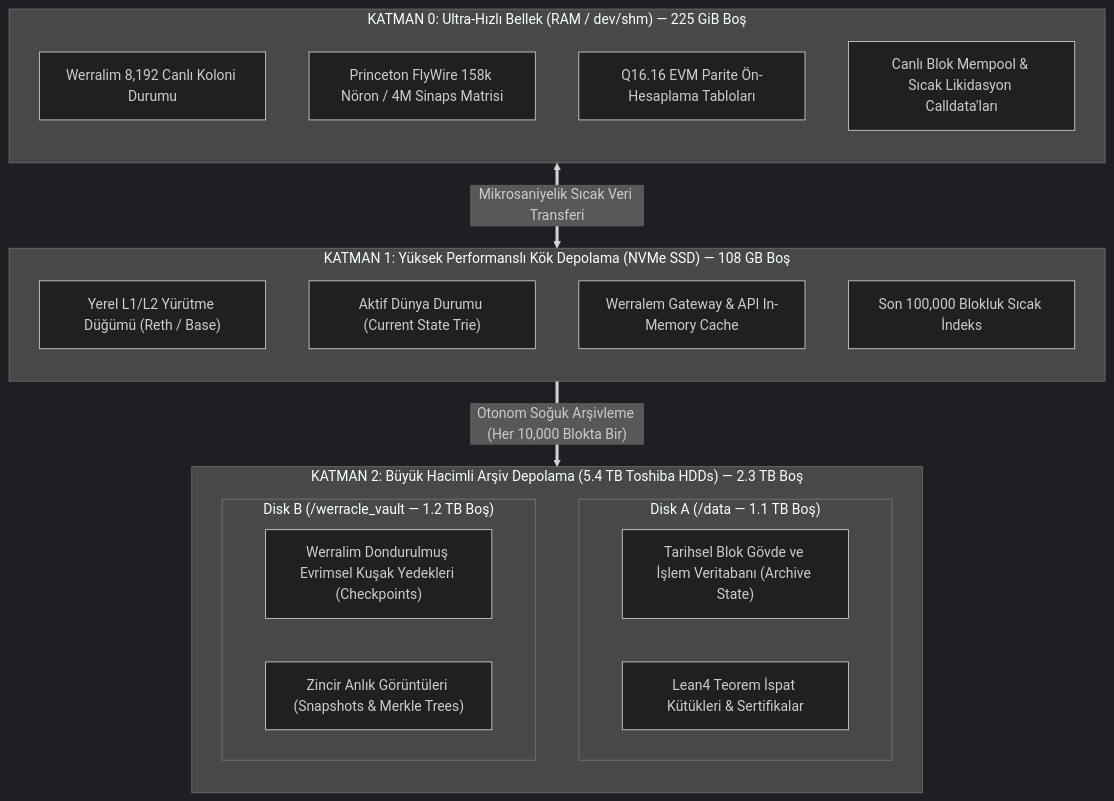
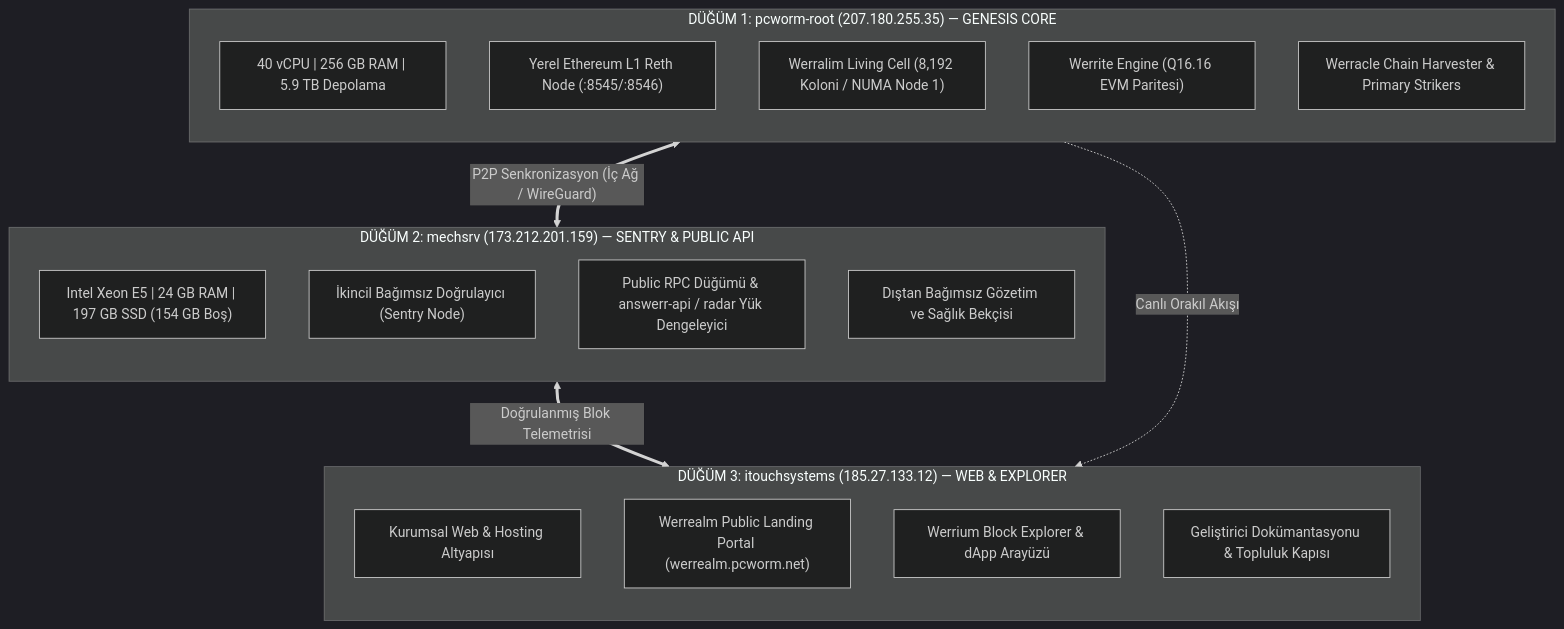
One commit to pCwOrM/werrealm changed the diagram in docs/HARDWARE_STORAGE_ARCHITECTURE.md. Above: the diagram before and after it, drawn with Mermaid (dark theme). The commit also changed other lines of this file and 1 other file, not shown here.

Commit message:
feat(portal): add high-impact landing page in docs/index.html and update 3-server infrastructure topology

````diff
--- a/docs/HARDWARE_STORAGE_ARCHITECTURE.md
+++ b/docs/HARDWARE_STORAGE_ARCHITECTURE.md
@@ -33,33 +15,31 @@
 ```mermaid
 flowchart TD
-    subgraph TIER0["KATMAN 0: Ultra-Hızlı Bellek (RAM / dev/shm) — 225 GiB Boş"]
+    subgraph S1["DÜĞÜM 1: pcworm-root (207.180.255.35) — GENESIS CORE"]
         direction TB
-        RAM_CELL["Werralim 8,192 Canlı Koloni Durumu"]
-        RAM_CONN["Princeton FlyWire 158k Nöron / 4M Sinaps Matrisi"]
-        RAM_Q16["Q16.16 EVM Parite Ön-Hesaplama Tabloları"]
-        RAM_MEMPOOL["Canlı Blok Mempool & Sıcak Likidasyon Calldata'ları"]
+        C1["40 vCPU | 256 GB RAM | 5.9 TB Depolama"]
+        L1["Yerel Ethereum L1 Reth Node (:8545/:8546)"]
+        CELL["Werralim Living Cell (8,192 Koloni / NUMA Node 1)"]
+        WERRITE["Werrite Engine (Q16.16 EVM Paritesi)"]
+        HARVEST["Werracle Chain Harvester & Primary Strikers"]
     end
 
-    subgraph TIER1["KATMAN 1: Yüksek Performanslı Kök Depolama (NVMe SSD) — 108 GB Boş"]
+    subgraph S2["DÜĞÜM 2: mechsrv (173.212.201.159) — SENTRY & PUBLIC API"]
         direction TB
-        NVME_EXEC["Yerel L1/L2 Yürütme Düğümü (Reth / Base)"]
-        NVME_STATE["Aktif Dünya Durumu (Current State Trie)"]
-        NVME_API["Werralem Gateway & API In-Memory Cache"]
-        NVME_INDEX["Son 100,000 Blokluk Sıcak İndeks"]
+        C2["Intel Xeon E5 | 24 GB RAM | 197 GB SSD (154 GB Boş)"]
+        VALIDATOR2["İkincil Bağımsız Doğrulayıcı (Sentry Node)"]
+        API_REP["Public RPC Düğümü & answerr-api / radar Yük Dengeleyici"]
+        HEALTH["Dıştan Bağımsız Gözetim ve Sağlık Bekçisi"]
     end
 
-    subgraph TIER2["KATMAN 2: Büyük Hacimli Arşiv Depolama (5.4 TB Toshiba HDDs) — 2.3 TB Boş"]
+    subgraph S3["DÜĞÜM 3: itouchsystems (185.27.133.12) — WEB & EXPLORER"]
         direction TB
-        subgraph SDA["Disk A (/data — 1.1 TB Boş)"]
-            HIST_BLOCKS["Tarihsel Blok Gövde ve İşlem Veritabanı (Archive State)"]
-            ZK_PROOFS["Lean4 Teorem İspat Kütükleri & Sertifikalar"]
-        end
-        subgraph SDB["Disk B (/werracle_vault — 1.2 TB Boş)"]
-            COLD_CELL["Werralim Dondurulmuş Evrimsel Kuşak Yedekleri (Checkpoints)"]
-            SNAP_VAULT["Zincir Anlık Görüntüleri (Snapshots & Merkle Trees)"]
-        end
+        C3["Kurumsal Web & Hosting Altyapısı"]
+        PORTAL["Werrealm Public Landing Portal (werrealm.pcworm.net)"]
+        EXPLORER["Werrium Block Explorer & dApp Arayüzü"]
+        COMMUNITY["Geliştirici Dokümantasyonu & Topluluk Kapısı"]
     end
 
-    TIER0 <==>|"Mikrosaniyelik Sıcak Veri Transferi"| TIER1
-    TIER1 ==>|"Otonom Soğuk Arşivleme (Her 10,000 Blokta Bir)"| TIER2
+    S1 <==>|"P2P Senkronizasyon (İç Ağ / WireGuard)"| S2
+    S2 <==>|"Doğrulanmış Blok Telemetrisi"| S3
+    S1 -.->|"Canlı Orakıl Akışı"| S3
 ```
````
